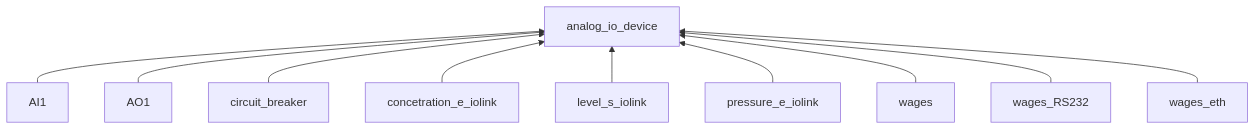
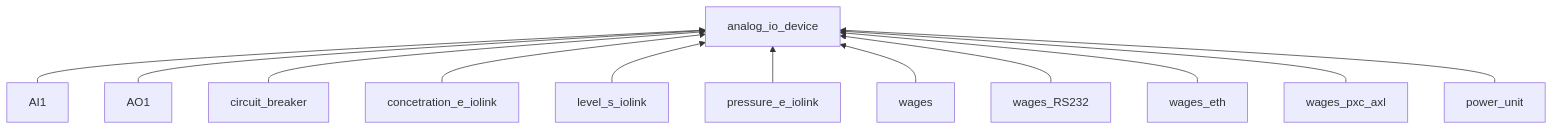
Before and after one commit to savushkin-r-d/ptusa_main: the fourth of 5 diagrams in docs/class_scheme/readme.md, drawn with Mermaid. The commit also changed other lines of this file, not shown here.

Commit message:
Schemas updated

````diff
--- a/docs/class_scheme/readme.md
+++ b/docs/class_scheme/readme.md
@@ -47,13 +47,15 @@
 ```mermaid
 flowchart BT
  analog_io_device[analog_io_device]
     AI1[AI1]-->analog_io_device
     AO1[AO1]-->analog_io_device
     circuit_breaker[circuit_breaker]-->analog_io_device
     concetration_e_iolink[concetration_e_iolink]-->analog_io_device
     level_s_iolink[level_s_iolink]-->analog_io_device
     pressure_e_iolink[pressure_e_iolink]-->analog_io_device
     wages[wages]-->analog_io_device
     wages_RS232[wages_RS232]-->analog_io_device
     wages_eth[wages_eth]-->analog_io_device
+    wages_pxc_axl[wages_pxc_axl]-->analog_io_device
+    power_unit[power_unit]-->analog_io_device
 ```
````
